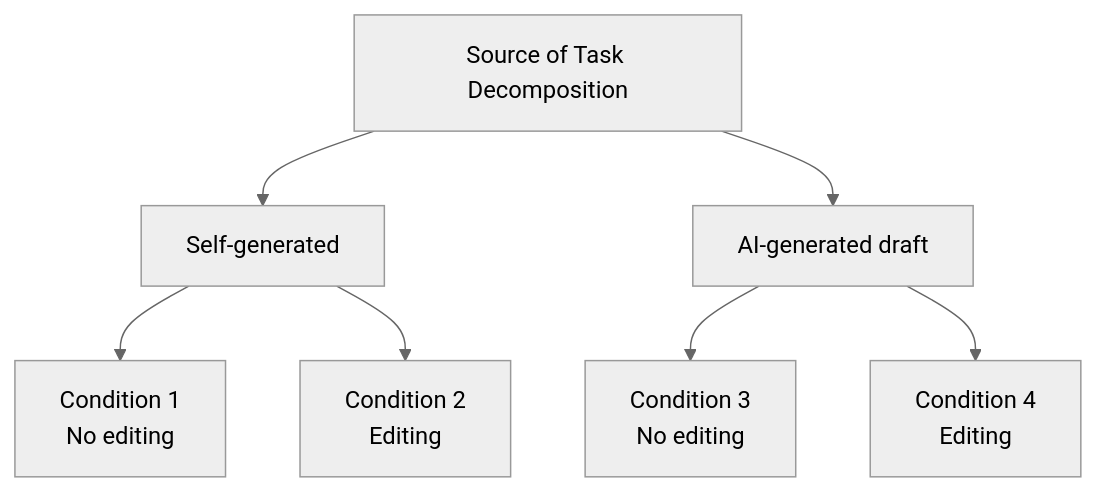
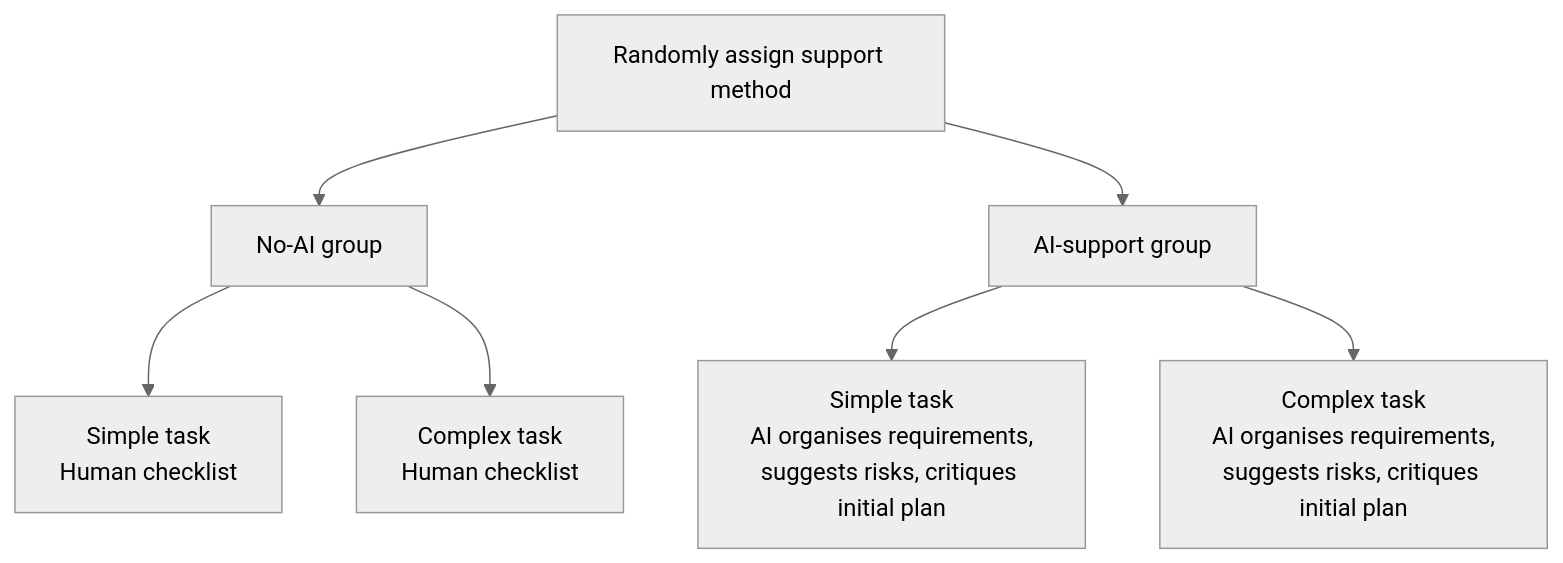
The first of 4 diagrams in README.md (coco123-123/ADS401.G.github.io), drawn with Mermaid (neutral theme) before and after one commit. The commit also changed other lines of this file, not shown here.

````diff
--- a/README.md
+++ b/README.md
@@ -167,11 +302,11 @@
 ```mermaid
 graph TD
-    A[Source of Task Decomposition] --> B[Self-generated]
-    A --> C[AI-generated draft]
+    A[Randomly assign support method] --> B[No-AI group]
+    A --> C[AI-support group]
 
-    B --> D[Condition 1<br/>No editing]
-    B --> E[Condition 2<br/>Editing]
+    B --> D1[Simple task<br/>Human checklist]
+    B --> D2[Complex task<br/>Human checklist]
 
-    C --> F[Condition 3<br/>No editing]
-    C --> G[Condition 4<br/>Editing]
+    C --> E1[Simple task<br/>AI organises requirements,<br/>suggests risks, critiques initial plan]
+    C --> E2[Complex task<br/>AI organises requirements,<br/>suggests risks, critiques initial plan]
 ```
````
